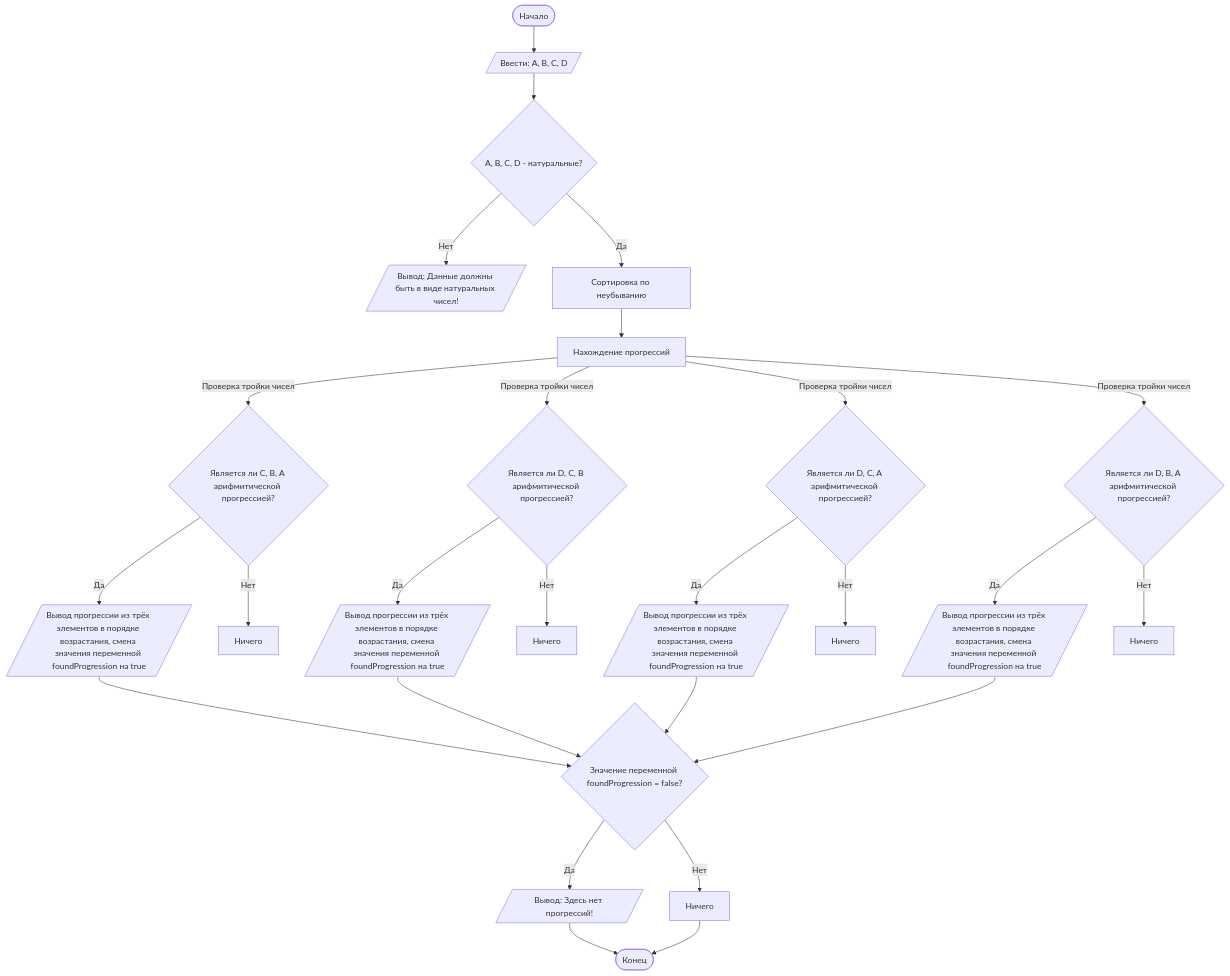
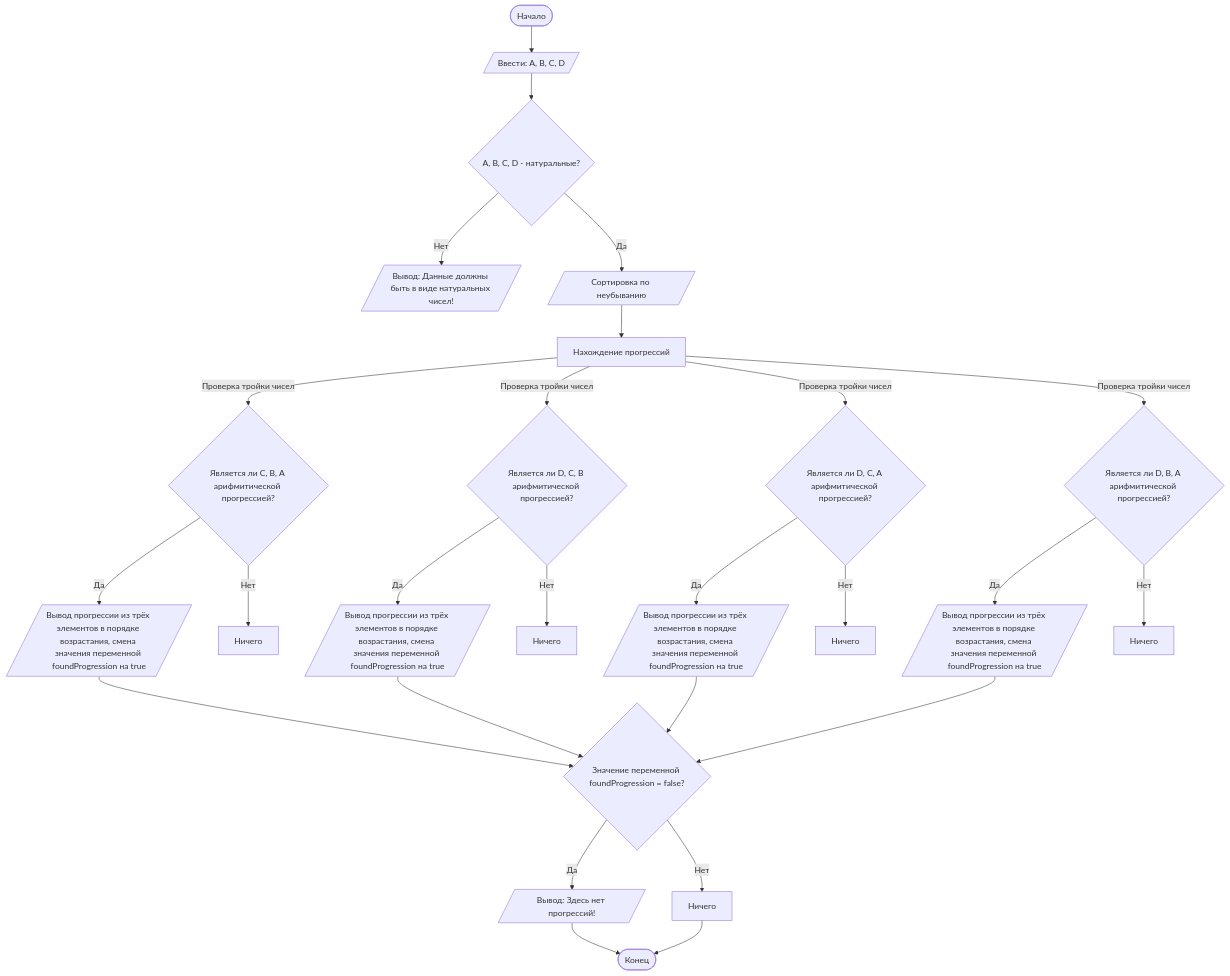
The diagram in README.md (Matvey-Kh/Lab1), drawn with Mermaid before and after one commit.

````diff
--- a/README.md
+++ b/README.md
@@ -97,27 +97,27 @@
 ```mermaid
 graph TD
     A([Начало]) --> B[/Ввести: A, B, C, D/]
     B --> C{A, B, C, D - натуральные?}
     C -- Нет --> D[/Вывод: Данные должны быть в виде натуральных чисел!/]
-    C -- Да --> X[Сортировка по неубыванию]
+    C -- Да --> X[/Сортировка по неубыванию/]
     X --> L[Нахождение прогрессий]
     L -- Проверка тройки чисел --> H{Является ли C, B, A арифмитической прогрессией?}
     L -- Проверка тройки чисел --> I{Является ли D, C, B арифмитической прогрессией?}
     L -- Проверка тройки чисел --> J{Является ли D, C, A арифмитической прогрессией?}
     L -- Проверка тройки чисел --> K{Является ли D, B, A арифмитической прогрессией?}
     H -- Да --> M1[/Вывод прогрессии из трёх элементов в порядке возрастания, смена значения переменной foundProgression на true/]
     H -- Нет --> M2[Ничего]
     I -- Да --> M3[/Вывод прогрессии из трёх элементов в порядке возрастания, смена значения переменной foundProgression на true/]
     I -- Нет --> M4[Ничего]
     J -- Да --> M5[/Вывод прогрессии из трёх элементов в порядке возрастания, смена значения переменной foundProgression на true/]
     J -- Нет --> M6[Ничего]
     K -- Да --> M7[/Вывод прогрессии из трёх элементов в порядке возрастания, смена значения переменной foundProgression на true/]
     K -- Нет --> M8[Ничего]
     M1 --> N{Значение переменной foundProgression = false?}
     M3 --> N{Значение переменной foundProgression = false?}
     M5 --> N{Значение переменной foundProgression = false?}
     M7 --> N{Значение переменной foundProgression = false?}
     N -- Да --> O1[/Вывод: Здесь нет прогрессий!/] --> Z([Конец])
     N -- Нет --> O2[Ничего] --> Z([Конец])
 
 ```
````
